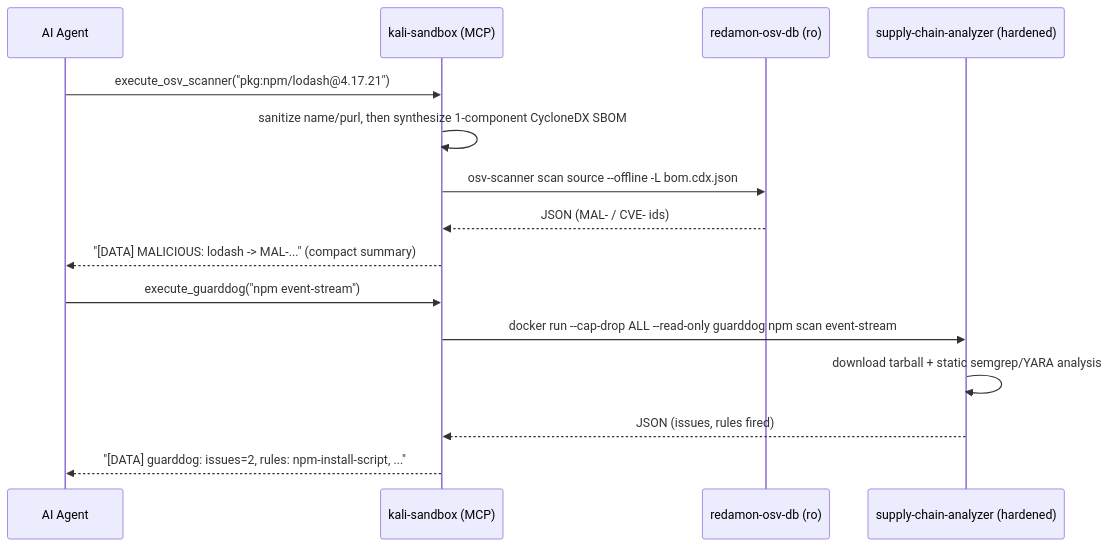
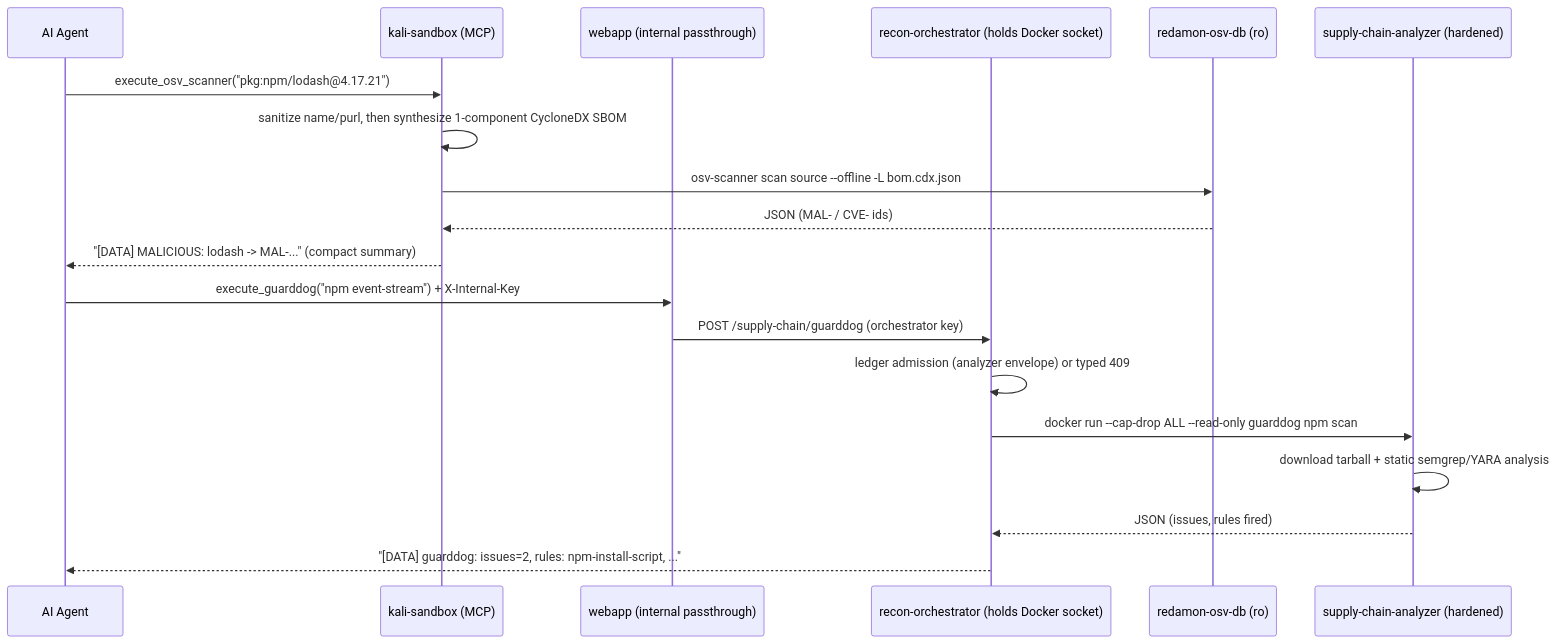
The third of 7 diagrams in readmes/README.SUPPLY_CHAIN.md (L4stPL4Y3R/redamon), drawn with Mermaid before and after one commit. The commit also changed other lines of this file and 23 other files, not shown here.

````diff
--- a/readmes/README.SUPPLY_CHAIN.md
+++ b/readmes/README.SUPPLY_CHAIN.md
@@ -305,19 +318,23 @@
 ```mermaid
 sequenceDiagram
     participant AG as AI Agent
     participant KALI as kali-sandbox (MCP)
+    participant WEB as webapp (internal passthrough)
+    participant ORCH as recon-orchestrator (holds Docker socket)
     participant OSVDB as redamon-osv-db (ro)
     participant AN as supply-chain-analyzer (hardened)
 
     AG->>KALI: execute_osv_scanner("pkg:npm/lodash@4.17.21")
     KALI->>KALI: sanitize name/purl, then synthesize 1-component CycloneDX SBOM
     KALI->>OSVDB: osv-scanner scan source --offline -L bom.cdx.json
     OSVDB-->>KALI: JSON (MAL- / CVE- ids)
     KALI-->>AG: "[DATA] MALICIOUS: lodash -> MAL-..." (compact summary)
 
-    AG->>KALI: execute_guarddog("npm event-stream")
-    KALI->>AN: docker run --cap-drop ALL --read-only guarddog npm scan event-stream
+    AG->>WEB: execute_guarddog("npm event-stream") + X-Internal-Key
+    WEB->>ORCH: POST /supply-chain/guarddog (orchestrator key)
+    ORCH->>ORCH: ledger admission (analyzer envelope) or typed 409
+    ORCH->>AN: docker run --cap-drop ALL --read-only guarddog npm scan
     AN->>AN: download tarball + static semgrep/YARA analysis
-    AN-->>KALI: JSON (issues, rules fired)
-    KALI-->>AG: "[DATA] guarddog: issues=2, rules: npm-install-script, ..."
+    AN-->>ORCH: JSON (issues, rules fired)
+    ORCH-->>AG: "[DATA] guarddog: issues=2, rules: npm-install-script, ..."
 ```
````
